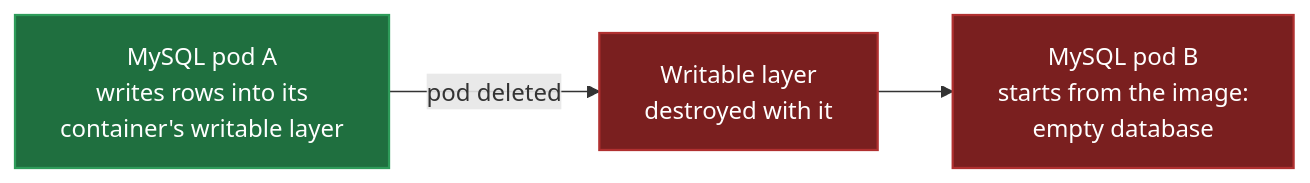
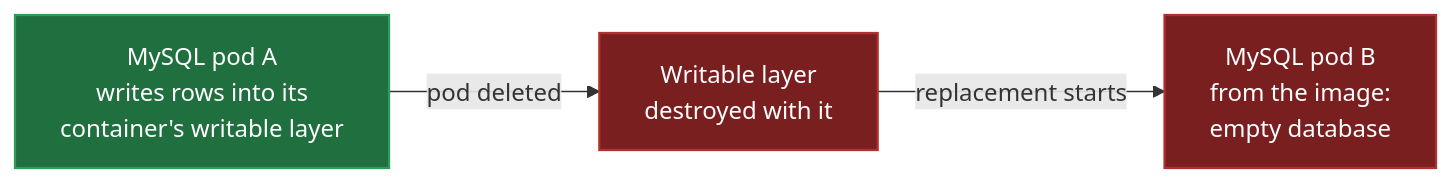
One commit to Dummy-Bug/Devops changed the first of 7 diagrams in 08-Kubernetes/13-Persistent-Storage.md. Above: the diagram before and after it, drawn with Mermaid. The commit also changed other lines of this file and 12 other files, not shown here.

````diff
--- a/08-Kubernetes/13-Persistent-Storage.md
+++ b/08-Kubernetes/13-Persistent-Storage.md
@@ -9,9 +9,9 @@
 ```mermaid
 flowchart LR
     A["MySQL pod A<br/>writes rows into its<br/>container's writable layer"] -->|"pod deleted"| X["Writable layer<br/>destroyed with it"]
-    X --> B["MySQL pod B<br/>starts from the image:<br/>empty database"]
-    classDef good fill:#1f6f3f,stroke:#2e9c5a,stroke-width:1.5px,color:#fff
+    X -->|"replacement starts"| B["MySQL pod B<br/>from the image:<br/>empty database"]
+    classDef good   fill:#1f6f3f,stroke:#2e9c5a,stroke-width:1.5px,color:#fff
     classDef broken fill:#7a1f1f,stroke:#b03030,stroke-width:1.5px,color:#fff
     class A good
     class X,B broken
 ```
````
